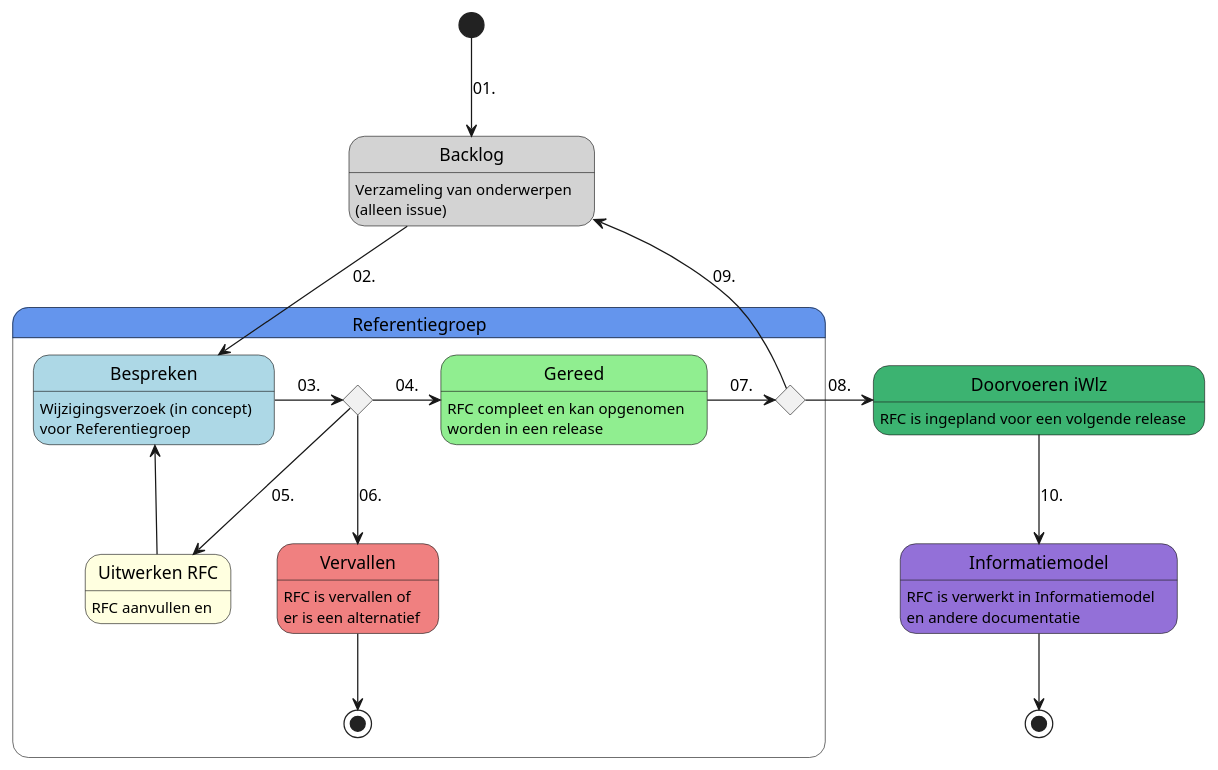
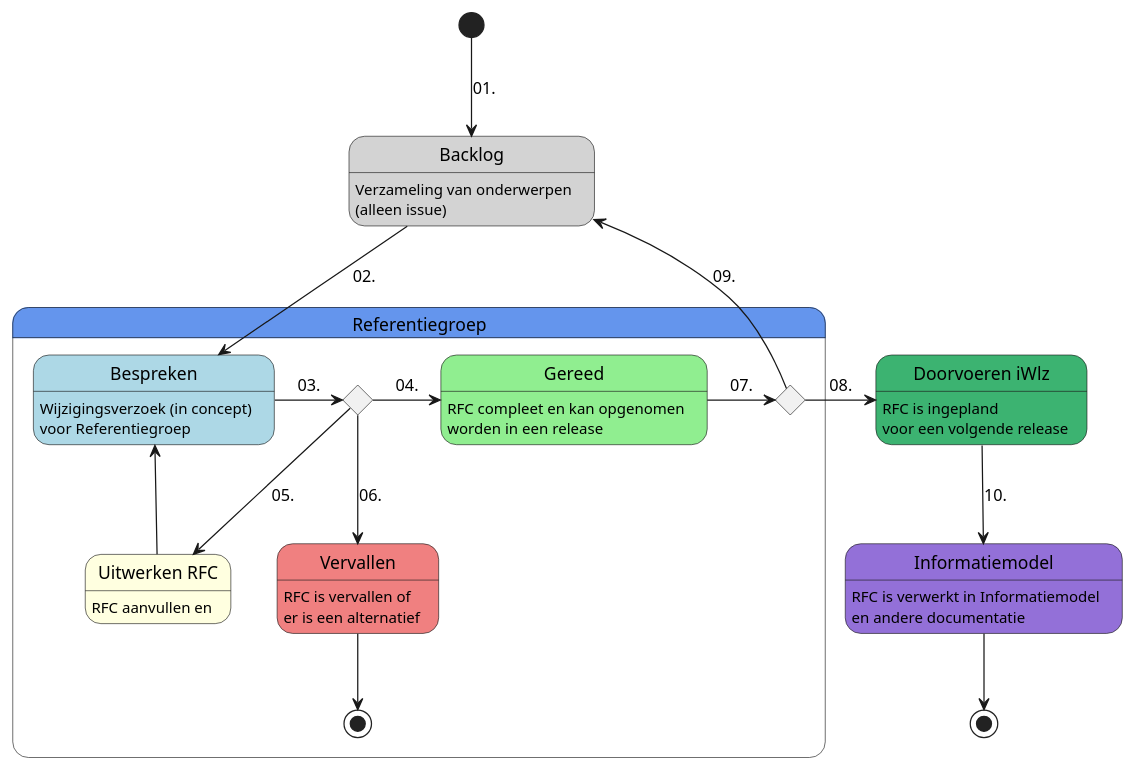
One commit to iStandaarden/iWlz_RequestForChange changed the diagram in src/Wijzigingsverzoek_flow.puml. Above: the diagram before and after it, drawn with PlantUML. The commit also changed other lines of this file, not shown here.

Commit message:
flow update

```diff
--- a/src/Wijzigingsverzoek_flow.puml
+++ b/src/Wijzigingsverzoek_flow.puml
@@ -1,40 +1,39 @@
 @startuml Workflow Request for Changes iStandaard
 
 state Backlog #LightGray : Verzameling van onderwerpen \n(alleen issue)
 
  [*] --> Backlog : 01.
 
 state Referentiegroep #CornflowerBlue {
     state Bespreken #LightBlue: Wijzigingsverzoek (in concept) \nvoor Referentiegroep
     state refgrp <<choice>>
     state "Uitwerken RFC" as uitwerken #LightYellow : RFC aanvullen en 
     state Gereed #LightGreen : RFC compleet en kan opgenomen \nworden in een release
     state refgrp_besluit <<choice>>
     state Vervallen #LightCoral : RFC is vervallen of \ner is een alternatief
 
     Backlog --> Bespreken : 02.
     Bespreken -> refgrp : 03.
 
     refgrp -> Gereed : 04.
     refgrp -> uitwerken : 05.
     refgrp --> Vervallen : 06.
 
     uitwerken -up-> Bespreken
 
     Gereed -> refgrp_besluit : 07.
     
     Backlog <-- refgrp_besluit : 09.
 
     Vervallen --> [*]
-    
 }
 
-state "Doorvoeren iWlz" as planned #MediumSeaGreen : RFC is ingepland voor een volgende release
+state "Doorvoeren iWlz" as planned #MediumSeaGreen : RFC is ingepland \nvoor een volgende release
 state "Informatiemodel" #MediumPurple : RFC is verwerkt in Informatiemodel \nen andere documentatie
 
     refgrp_besluit -right-> planned : 08.
     planned --> Informatiemodel: 10.
 
     Informatiemodel --> [*]
 
 @enduml
```
